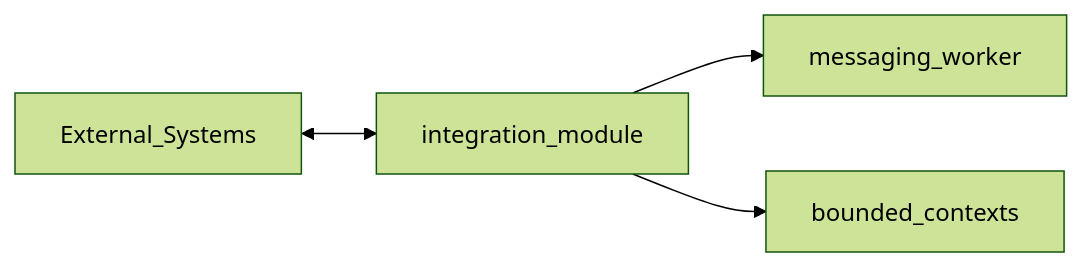
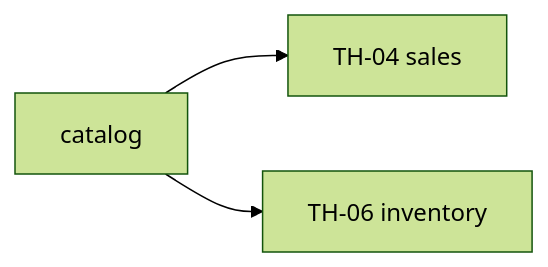
One commit to DsChien102/erp-sales-inventory changed the diagram in docs/themes/TH-02-product-pricing/02-module-map.md. Above: the diagram before and after it, drawn with Mermaid (forest theme). The commit also changed other lines of this file and 34 other files, not shown here.

````diff
--- a/docs/themes/TH-02-product-pricing/02-module-map.md
+++ b/docs/themes/TH-02-product-pricing/02-module-map.md
@@ -9,6 +10,5 @@
 ```mermaid
 flowchart LR
-  Ext[External_Systems] <--> Int[integration_module]
-  Int --> Worker[messaging_worker]
-  Int --> Modules[bounded_contexts]
+  Catalog[catalog] --> Sales[TH-04 sales]
+  Catalog --> Inventory[TH-06 inventory]
 ```
````
